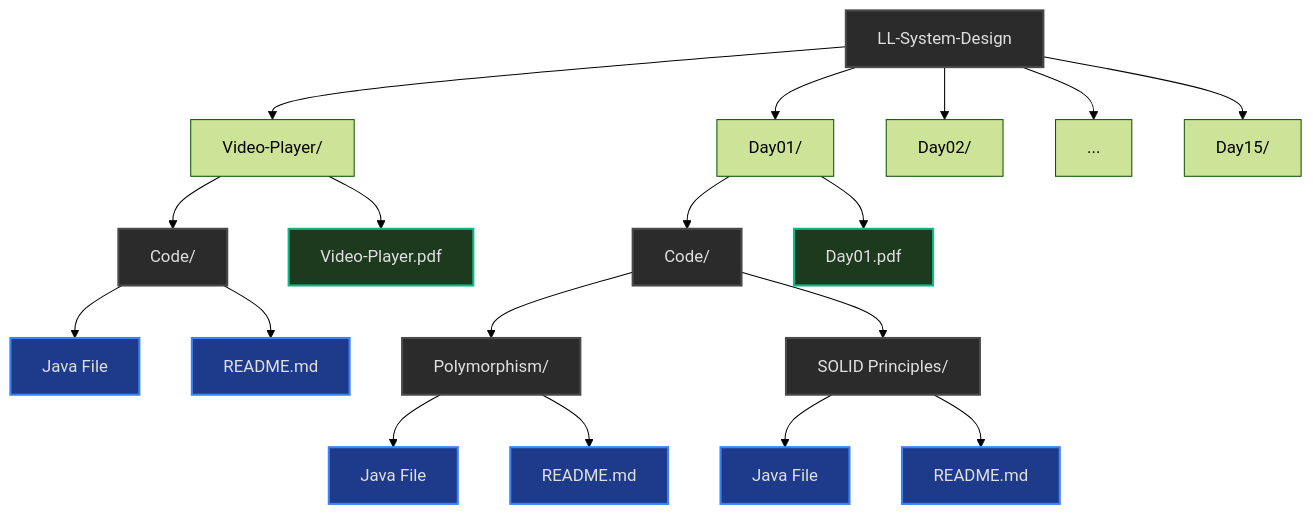
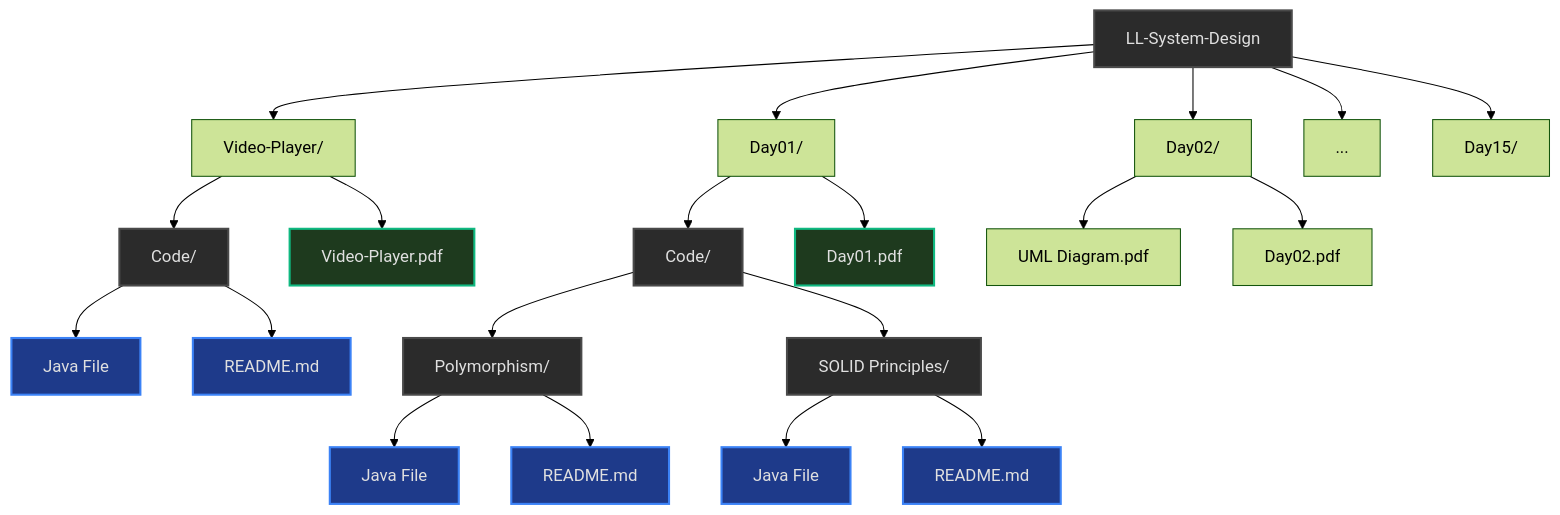
One commit to Shree2604/LL-System-Design changed the diagram in README.md. Above: the diagram before and after it, drawn with Mermaid (forest theme). The commit also changed other lines of this file and 2 other files, not shown here.

Commit message:
Added Day02 Content

````diff
--- a/README.md
+++ b/README.md
@@ -13,34 +13,38 @@
 ```mermaid
 graph TD
     %% Main Repository Structure
     A[LL-System-Design] --> B[Video-Player/]
     A --> C[Day01/]
     A --> D[Day02/]
     A --> E[...]
     A --> F[Day15/]
     
     %% Video-Player Structure
     B --> B1[Code/]
     B1 --> B11[Java File]
     B1 --> B12[README.md]
     B --> B2[Video-Player.pdf]
     
     %% Day01 Structure
     C --> C1[Code/]
     C1 --> C11[Polymorphism/]
     C11 --> C111[Java File]
     C11 --> C112[README.md]
     C1 --> C12[SOLID Principles/]
     C12 --> C121[Java File]
     C12 --> C122[README.md]
     C --> C2[Day01.pdf]
+
+    %% Day02 Structure
+    D --> D1[UML Diagram.pdf]
+    D --> D2[Day02.pdf]
     
     %% Styling
     classDef folder fill:#2b2b2b,stroke:#4a4a4a,color:#e0e0e0,stroke-width:2px
     classDef file fill:#1e3a8a,stroke:#3b82f6,color:#e0e0e0,stroke-width:2px
     classDef doc fill:#1e3a1e,stroke:#10b981,color:#e0e0e0,stroke-width:2px
     
     class A,C1,C11,C12,B1 folder
     class B11,B12,C111,C112,C121,C122 file
     class B2,C2 doc
 ```
````
